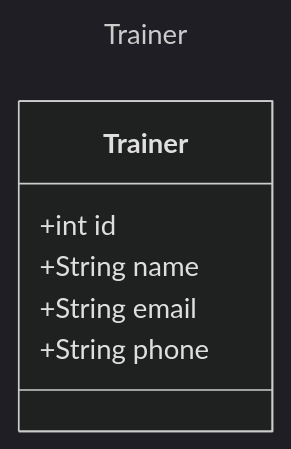
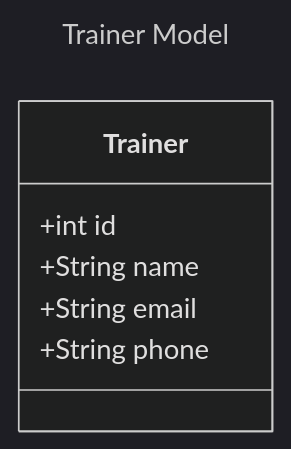
Before and after one commit to aahWeb/SYMFONY: the second of 2 diagrams in chap2_model.md, drawn with Mermaid (dark theme).

Commit message:
chap2 bug mermaid

````diff
--- a/chap2_model.md
+++ b/chap2_model.md
@@ -61,11 +61,11 @@
 ```mermaid
 ---
-title: Trainer
+title: Trainer Model
 ---
 classDiagram
+    class Trainer
     Trainer : +int id
     Trainer : +String name
     Trainer : +String email
     Trainer : +String phone
-    
 ```
````
